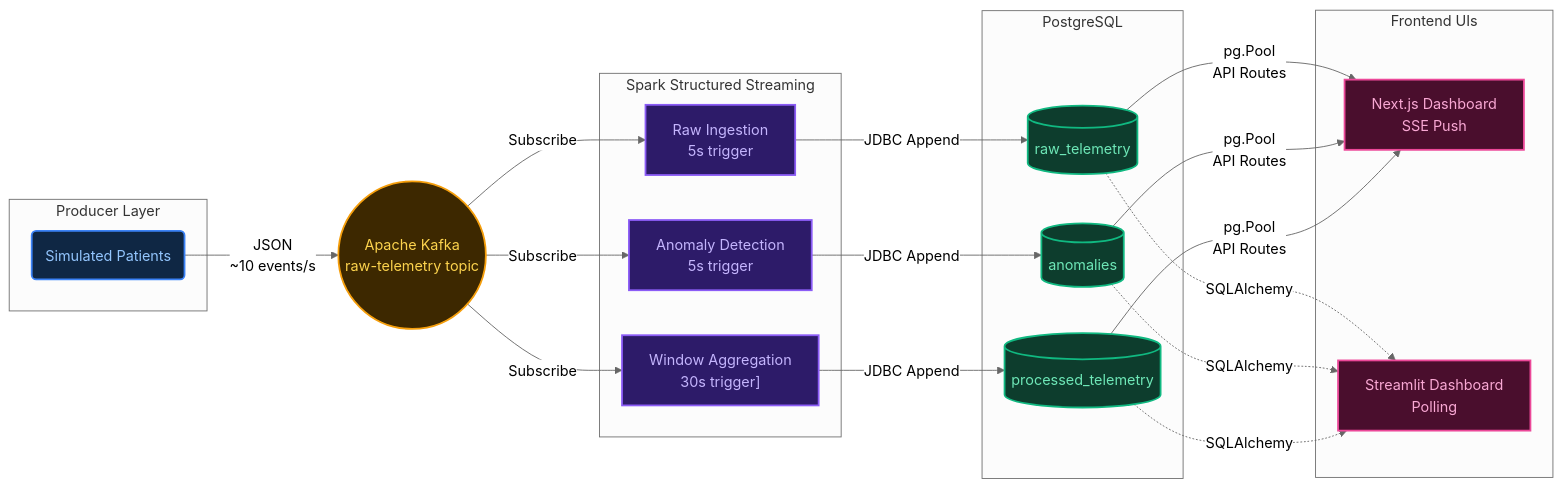
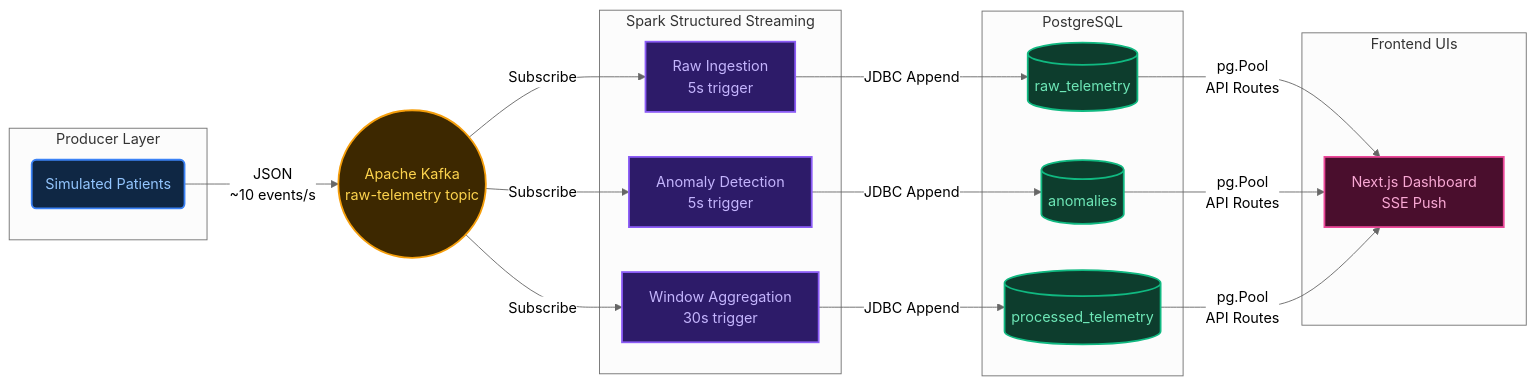
One commit to nandan-19/EdgePulse changed the diagram in README.md. Above: the diagram before and after it, drawn with Mermaid (neutral theme). The commit also changed other lines of this file and 20 other files, not shown here.

Commit message:
chore: remove Streamlit dashboard and update documentation accordingly

````diff
--- a/README.md
+++ b/README.md
@@ -12,54 +12,49 @@
 ```mermaid
 flowchart LR
     %% Colors & Styles
     classDef gen fill:#0f2744,stroke:#3b82f6,color:#93c5fd,stroke-width:2px;
     classDef kafka fill:#3d2800,stroke:#f59e0b,color:#fcd34d,stroke-width:2px;
     classDef spark fill:#2d1b69,stroke:#8b5cf6,color:#c4b5fd,stroke-width:2px;
     classDef pg fill:#0d3d2d,stroke:#10b981,color:#6ee7b7,stroke-width:2px;
     classDef dash fill:#4a0e2d,stroke:#ec4899,color:#f9a8d4,stroke-width:2px;
 
     %% Nodes
     subgraph Producer Layer
         P1("Simulated Patients")
     end
     
     K(("Apache Kafka<br>raw-telemetry topic")):::kafka
     
     subgraph Spark Structured Streaming
         S1["Raw Ingestion<br>5s trigger"]:::spark
         S2["Anomaly Detection<br>5s trigger"]:::spark
-        S3["Window Aggregation<br>30s trigger]"]:::spark
+        S3["Window Aggregation<br>30s trigger"]:::spark
     end
     
     subgraph PostgreSQL
         DB1[("raw_telemetry")]:::pg
         DB2[("anomalies")]:::pg
         DB3[("processed_telemetry")]:::pg
     end
     
     subgraph Frontend UIs
         NJS["Next.js Dashboard<br>SSE Push"]:::dash
-        ST["Streamlit Dashboard<br>Polling"]:::dash
     end
 
     %% Relationships
     P1 -- "JSON<br>~10 events/s" --> K
     
     K -- Subscribe --> S1
     K -- Subscribe --> S2
     K -- Subscribe --> S3
     
     S1 -- "JDBC Append" --> DB1
     S2 -- "JDBC Append" --> DB2
     S3 -- "JDBC Append" --> DB3
     
     DB1 -- "pg.Pool<br>API Routes" --> NJS
     DB2 -- "pg.Pool<br>API Routes" --> NJS
     DB3 -- "pg.Pool<br>API Routes" --> NJS
 
-    DB1 -. SQLAlchemy .-> ST
-    DB2 -. SQLAlchemy .-> ST
-    DB3 -. SQLAlchemy .-> ST
-
     class P1 gen;
 ```
````
